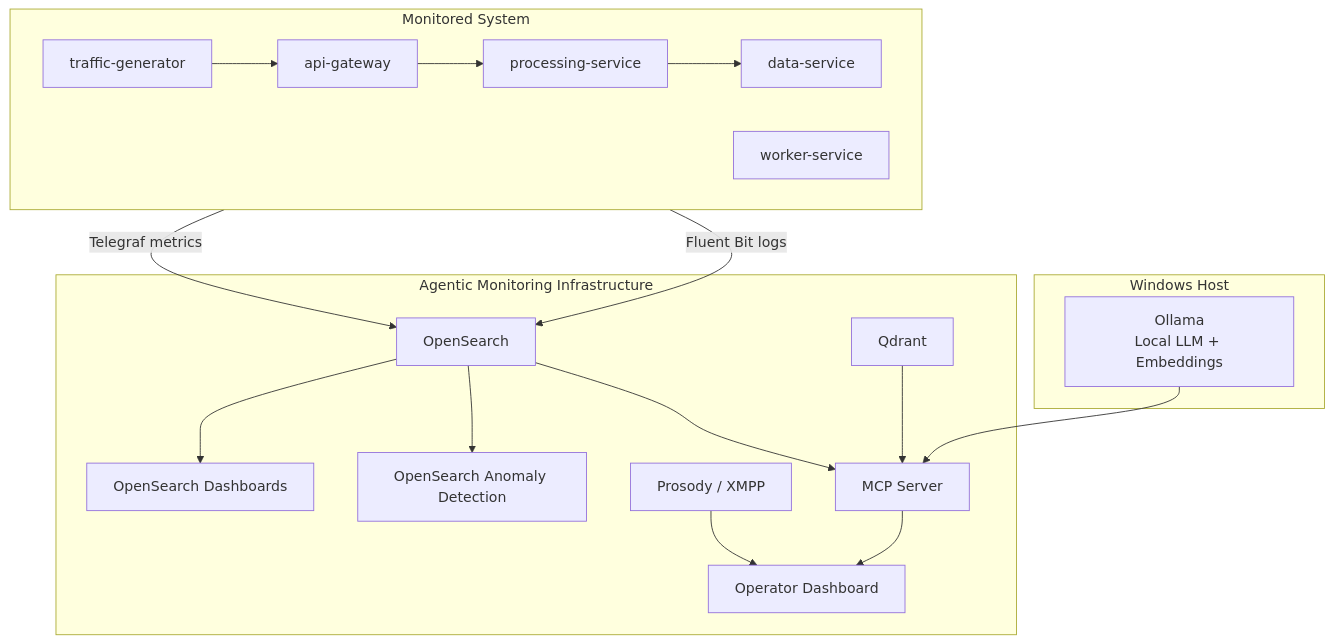
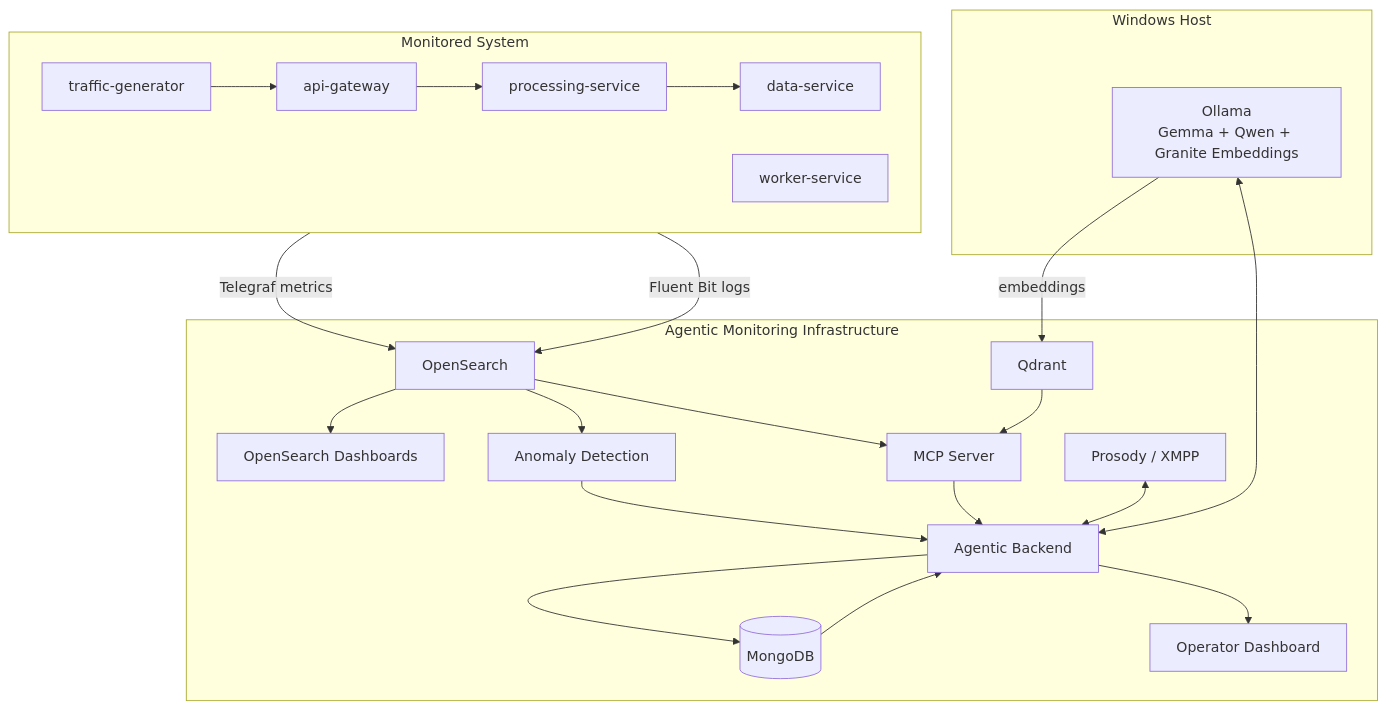
One commit to davidedimarco00/AgenticProactiveMonitor changed the first of 7 diagrams in docs/report/Design.md. Above: the diagram before and after it, drawn with Mermaid. The commit also changed other lines of this file and 7 other files, not shown here.

First line of the commit message:
docs: align site with current agentic backend

````diff
--- a/docs/report/Design.md
+++ b/docs/report/Design.md
@@ -7,35 +7,42 @@
 ```mermaid
 flowchart TB
     subgraph HOST[Windows Host]
-        OLLAMA[Ollama\nLocal LLM + Embeddings]
+        OLLAMA[Ollama\nGemma + Qwen + Granite Embeddings]
     end
 
     subgraph MON[Monitored System]
         TG[traffic-generator]
         API[api-gateway]
         PROC[processing-service]
         DATA[data-service]
         WORK[worker-service]
         TG --> API --> PROC --> DATA
     end
 
-    subgraph OBS[Agentic Monitoring Infrastructure]
+    subgraph INFRA[Agentic Monitoring Infrastructure]
         OS[OpenSearch]
         OSD[OpenSearch Dashboards]
+        AD[Anomaly Detection]
         QD[Qdrant]
         MCP[MCP Server]
         XMPP[Prosody / XMPP]
+        BACK[Agentic Backend]
+        MONGO[(MongoDB)]
         DASH[Operator Dashboard]
-        AD[OpenSearch Anomaly Detection]
         OS --> OSD
         OS --> AD
         OS --> MCP
         QD --> MCP
-        MCP --> DASH
-        XMPP --> DASH
+        AD --> BACK
+        MCP --> BACK
+        XMPP <--> BACK
+        BACK --> MONGO
+        MONGO --> BACK
+        BACK --> DASH
     end
 
     MON -->|Telegraf metrics| OS
     MON -->|Fluent Bit logs| OS
-    OLLAMA --> MCP
+    OLLAMA <--> BACK
+    OLLAMA -->|embeddings| QD
 ```
````
